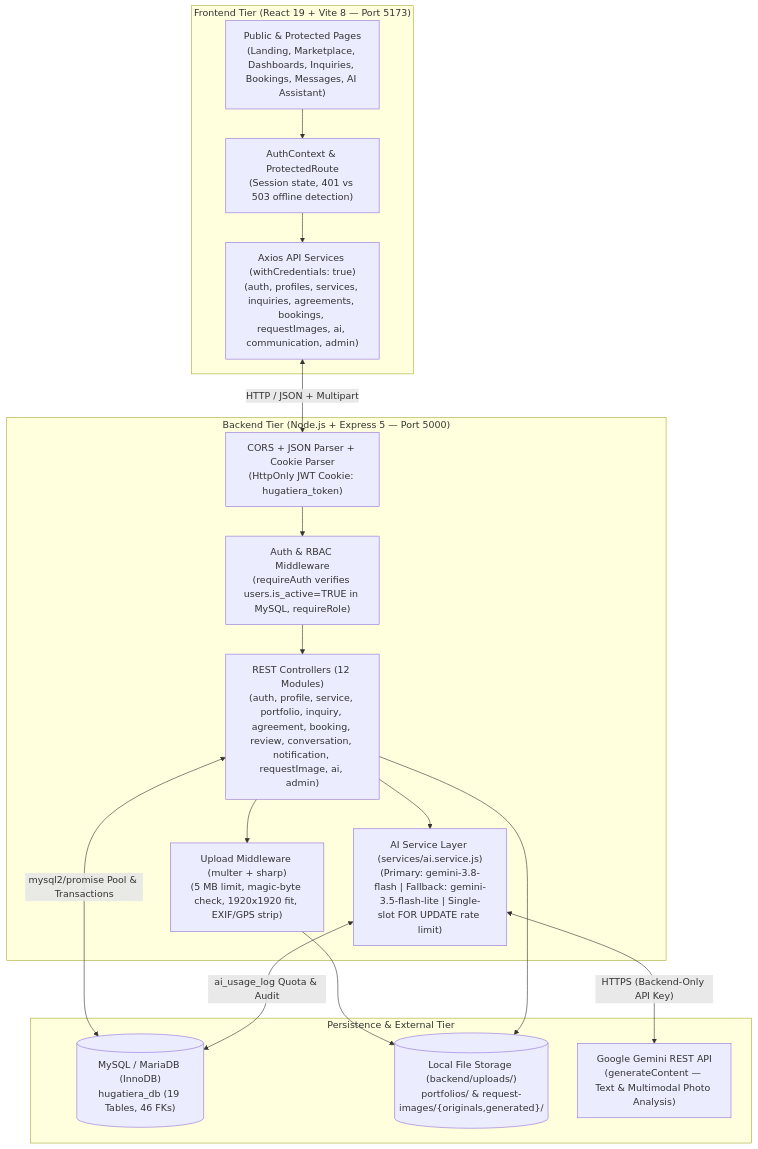
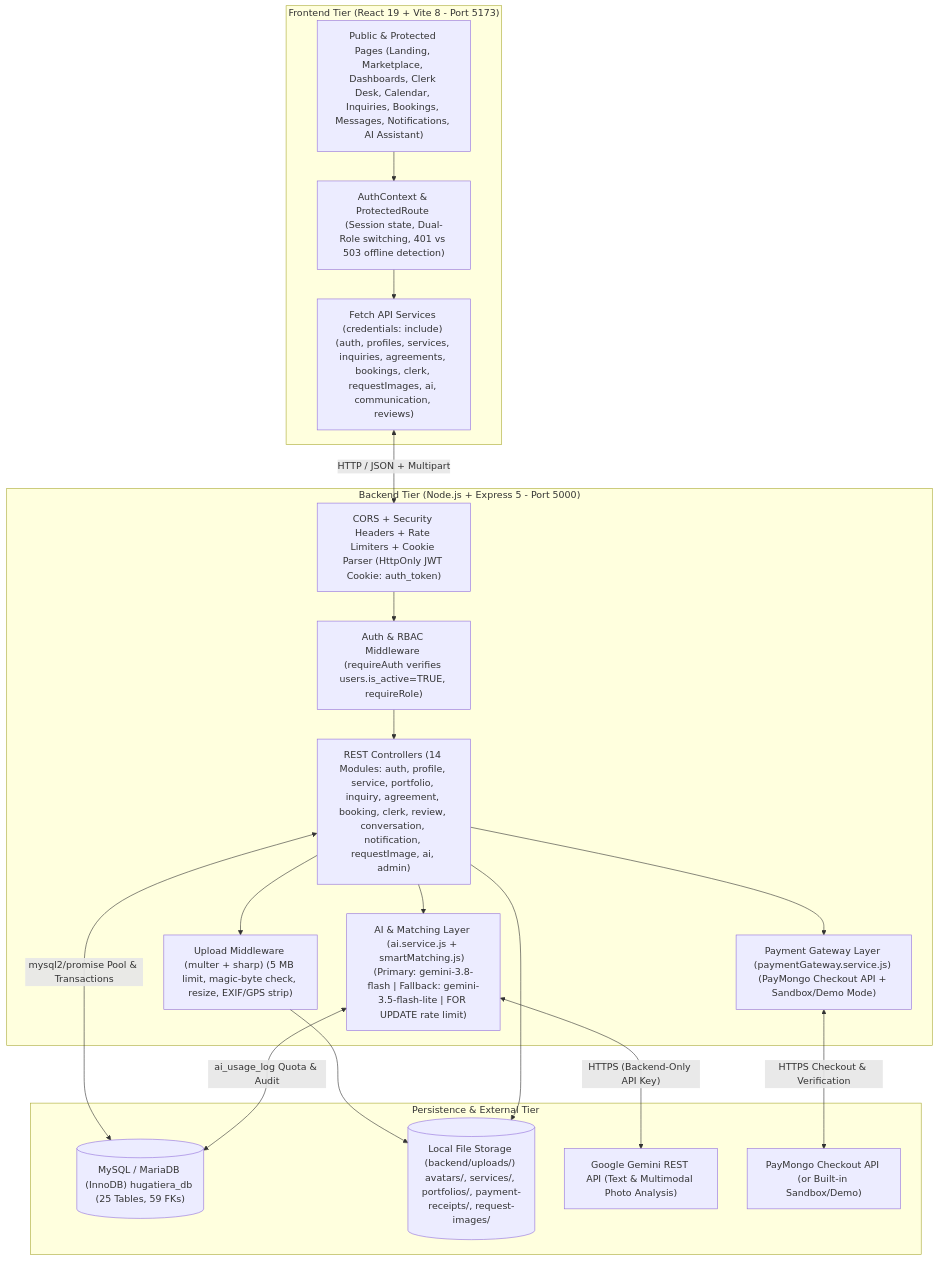
The first of 2 diagrams in docs/architecture-and-workflows.md (JohanBuenaventura/HugaTiera), drawn with Mermaid before and after one commit. The commit also changed other lines of this file, not shown here.

First line of the commit message:
docs(architecture): update system architecture, 4 user roles, and booking/payment state machines

````diff
--- a/docs/architecture-and-workflows.md
+++ b/docs/architecture-and-workflows.md
@@ -11,32 +11,36 @@
 ```mermaid
 flowchart TB
-  subgraph ClientTier["Frontend Tier (React 19 + Vite 8 — Port 5173)"]
-    UI["Public & Protected Pages<br/>(Landing, Marketplace, Dashboards, Inquiries, Bookings, Messages, AI Assistant)"]
-    AuthCtx["AuthContext & ProtectedRoute<br/>(Session state, 401 vs 503 offline detection)"]
-    AxiosClient["Axios API Services (withCredentials: true)<br/>(auth, profiles, services, inquiries, agreements, bookings, requestImages, ai, communication, admin)"]
-    UI --> AuthCtx --> AxiosClient
+  subgraph ClientTier["Frontend Tier (React 19 + Vite 8 - Port 5173)"]
+    UI["Public & Protected Pages (Landing, Marketplace, Dashboards, Clerk Desk, Calendar, Inquiries, Bookings, Messages, Notifications, AI Assistant)"]
+    AuthCtx["AuthContext & ProtectedRoute (Session state, Dual-Role switching, 401 vs 503 offline detection)"]
+    ApiClients["Fetch API Services (credentials: include) (auth, profiles, services, inquiries, agreements, bookings, clerk, requestImages, ai, communication, reviews)"]
+    UI --> AuthCtx --> ApiClients
   end
 
-  subgraph ServerTier["Backend Tier (Node.js + Express 5 — Port 5000)"]
-    CORS["CORS + JSON Parser + Cookie Parser<br/>(HttpOnly JWT Cookie: hugatiera_token)"]
-    AuthMW["Auth & RBAC Middleware<br/>(requireAuth verifies users.is_active=TRUE in MySQL, requireRole)"]
-    UploadMW["Upload Middleware (multer + sharp)<br/>(5 MB limit, magic-byte check, 1920x1920 fit, EXIF/GPS strip)"]
-    Controllers["REST Controllers (12 Modules)<br/>(auth, profile, service, portfolio, inquiry, agreement, booking, review, conversation, notification, requestImage, ai, admin)"]
-    AIService["AI Service Layer (services/ai.service.js)<br/>(Primary: gemini-3.8-flash | Fallback: gemini-3.5-flash-lite | Single-slot FOR UPDATE rate limit)"]
-    AxiosClient <-->|"HTTP / JSON + Multipart"| CORS
+  subgraph ServerTier["Backend Tier (Node.js + Express 5 - Port 5000)"]
+    CORS["CORS + Security Headers + Rate Limiters + Cookie Parser (HttpOnly JWT Cookie: auth_token)"]
+    AuthMW["Auth & RBAC Middleware (requireAuth verifies users.is_active=TRUE, requireRole)"]
+    UploadMW["Upload Middleware (multer + sharp) (5 MB limit, magic-byte check, resize, EXIF/GPS strip)"]
+    Controllers["REST Controllers (14 Modules: auth, profile, service, portfolio, inquiry, agreement, booking, clerk, review, conversation, notification, requestImage, ai, admin)"]
+    AIService["AI & Matching Layer (ai.service.js + smartMatching.js) (Primary: gemini-3.8-flash | Fallback: gemini-3.5-flash-lite | FOR UPDATE rate limit)"]
+    PayService["Payment Gateway Layer (paymentGateway.service.js) (PayMongo Checkout API + Sandbox/Demo Mode)"]
+    ApiClients <-->|"HTTP / JSON + Multipart"| CORS
     CORS --> AuthMW --> Controllers
     Controllers --> UploadMW
     Controllers --> AIService
+    Controllers --> PayService
   end
 
   subgraph DataTier["Persistence & External Tier"]
-    MySQL[("MySQL / MariaDB (InnoDB)<br/>hugatiera_db (19 Tables, 46 FKs)")]
-    FileStore[("Local File Storage (backend/uploads/)<br/>portfolios/ & request-images/{originals,generated}/")]
-    GeminiAPI["Google Gemini REST API<br/>(generateContent — Text & Multimodal Photo Analysis)"]
+    MySQL[("MySQL / MariaDB (InnoDB) hugatiera_db (25 Tables, 59 FKs)")]
+    FileStore[("Local File Storage (backend/uploads/) avatars/, services/, portfolios/, payment-receipts/, request-images/")]
+    GeminiAPI["Google Gemini REST API (Text & Multimodal Photo Analysis)"]
+    PayMongoAPI["PayMongo Checkout API (or Built-in Sandbox/Demo)"]
     Controllers <-->|"mysql2/promise Pool & Transactions"| MySQL
     UploadMW --> FileStore
     Controllers --> FileStore
     AIService <-->|"HTTPS (Backend-Only API Key)"| GeminiAPI
     AIService <-->|"ai_usage_log Quota & Audit"| MySQL
+    PayService <-->|"HTTPS Checkout & Verification"| PayMongoAPI
   end
 ```
````
